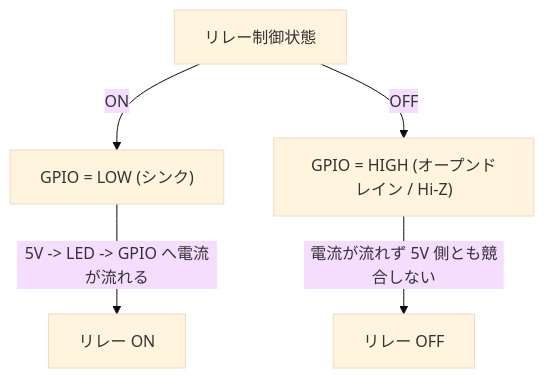
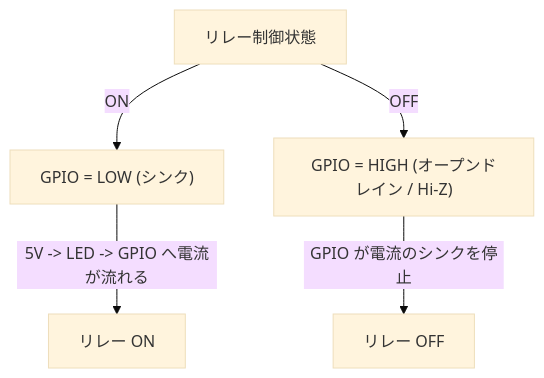
The second of 3 diagrams in README.md (ifapmzadu6/esp32-usb-relay4), drawn with Mermaid (base theme) before and after one commit. The commit also changed other lines of this file and 3 other files, not shown here.

````diff
--- a/README.md
+++ b/README.md
@@ -57,7 +58,7 @@
 ```mermaid
 flowchart TD
     CMD["リレー制御状態"] -->|ON| LOW["GPIO = LOW (シンク)"]
     CMD -->|OFF| HIZ["GPIO = HIGH (オープンドレイン / Hi-Z)"]
     LOW -->|"5V -> LED -> GPIO へ電流が流れる"| RELAY_ON["リレー ON"]
-    HIZ -->|"電流が流れず 5V 側とも競合しない"| RELAY_OFF["リレー OFF"]
+    HIZ -->|"GPIO が電流のシンクを停止"| RELAY_OFF["リレー OFF"]
 ```
````
